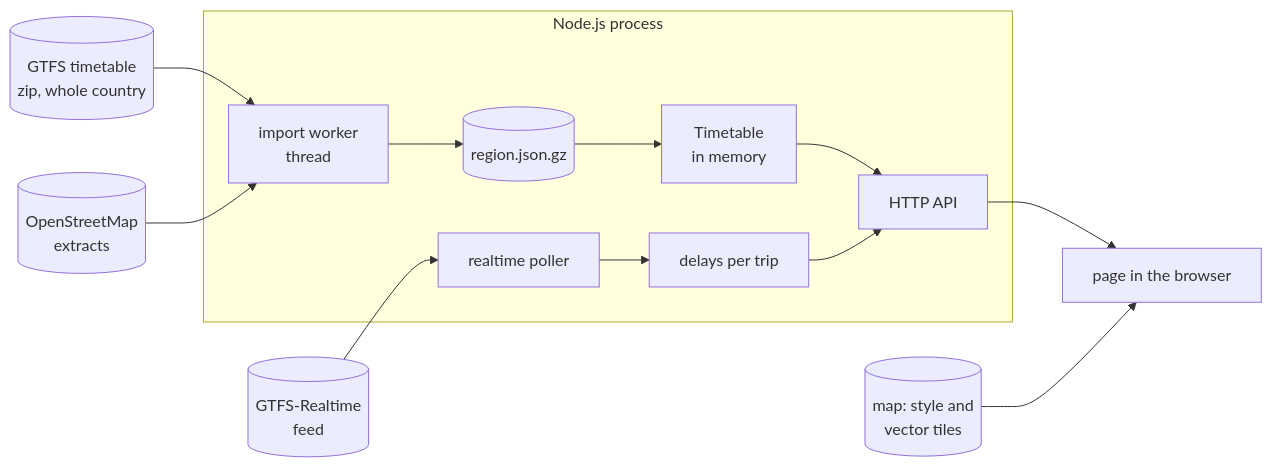
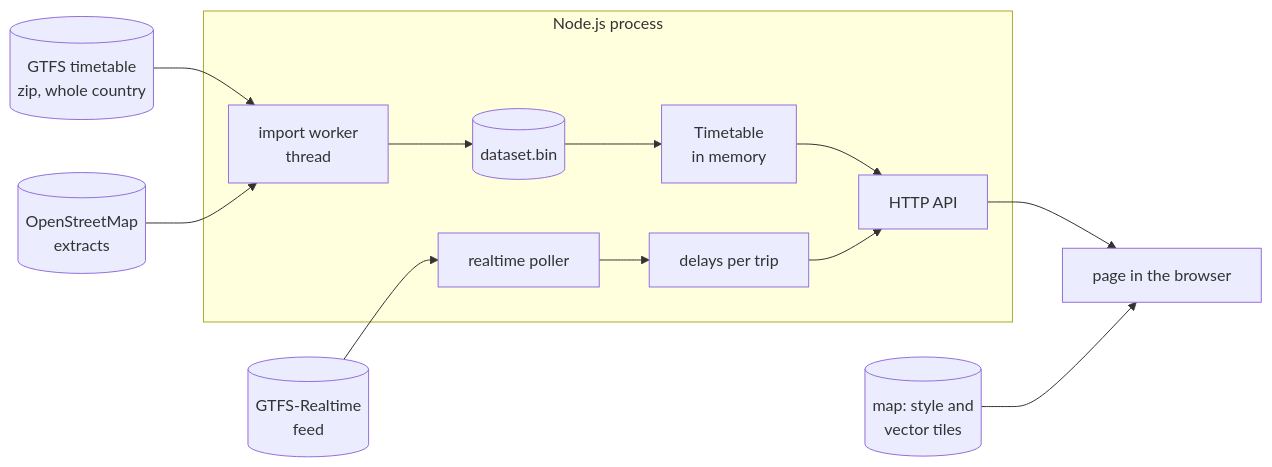
One commit to xiidoz/netnou changed the diagram in docs/architecture.md. Above: the diagram before and after it, drawn with Mermaid. The commit also changed other lines of this file and 18 other files, not shown here.

````diff
--- a/docs/architecture.md
+++ b/docs/architecture.md
@@ -22,15 +22,15 @@
 ```mermaid
 flowchart LR
   feed[(GTFS timetable<br>zip, whole country)] --> worker
   osm[(OpenStreetMap<br>extracts)] --> worker
   subgraph server [Node.js process]
-    worker[import worker<br>thread] --> dataset[(region.json.gz)]
+    worker[import worker<br>thread] --> dataset[(dataset.bin)]
     dataset --> timetable[Timetable<br>in memory]
     rt[realtime poller] --> snapshot[delays per trip]
     timetable --> api[HTTP API]
     snapshot --> api
   end
   realtime[(GTFS-Realtime<br>feed)] --> rt
   api --> page[page in the browser]
   tiles[(map: style and<br>vector tiles)] --> page
 ```
````
